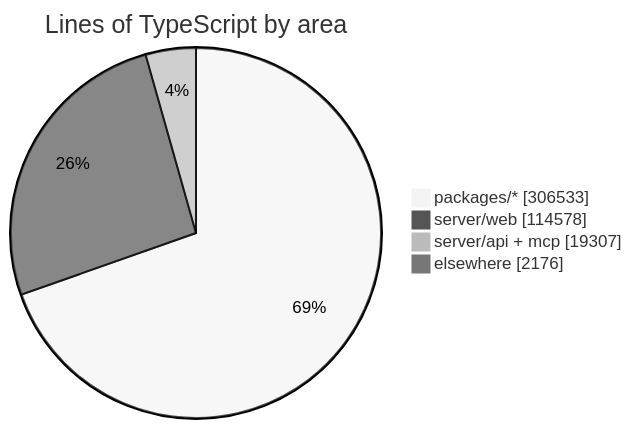
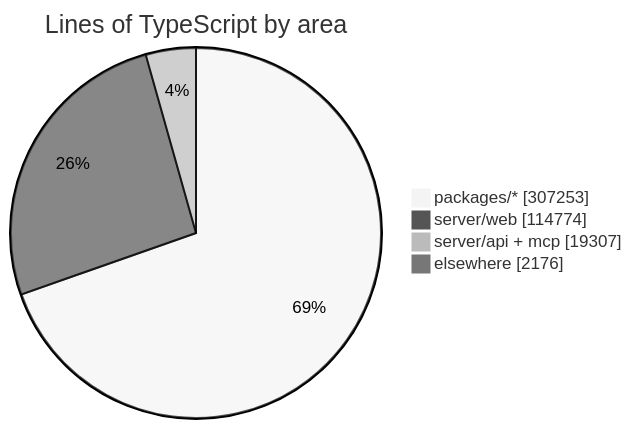
Before and after one commit to crossworks-engineering/mantle: the diagram in README.md, drawn with Mermaid (neutral theme). The commit also changed other lines of this file and 2 other files, not shown here.

````diff
--- a/README.md
+++ b/README.md
@@ -294,7 +294,7 @@
 ```mermaid
 pie showData title Lines of TypeScript by area
-    "packages/*" : 306533
-    "server/web" : 114578
+    "packages/*" : 307253
+    "server/web" : 114774
     "server/api + mcp" : 19307
     "elsewhere" : 2176
 ```
````
